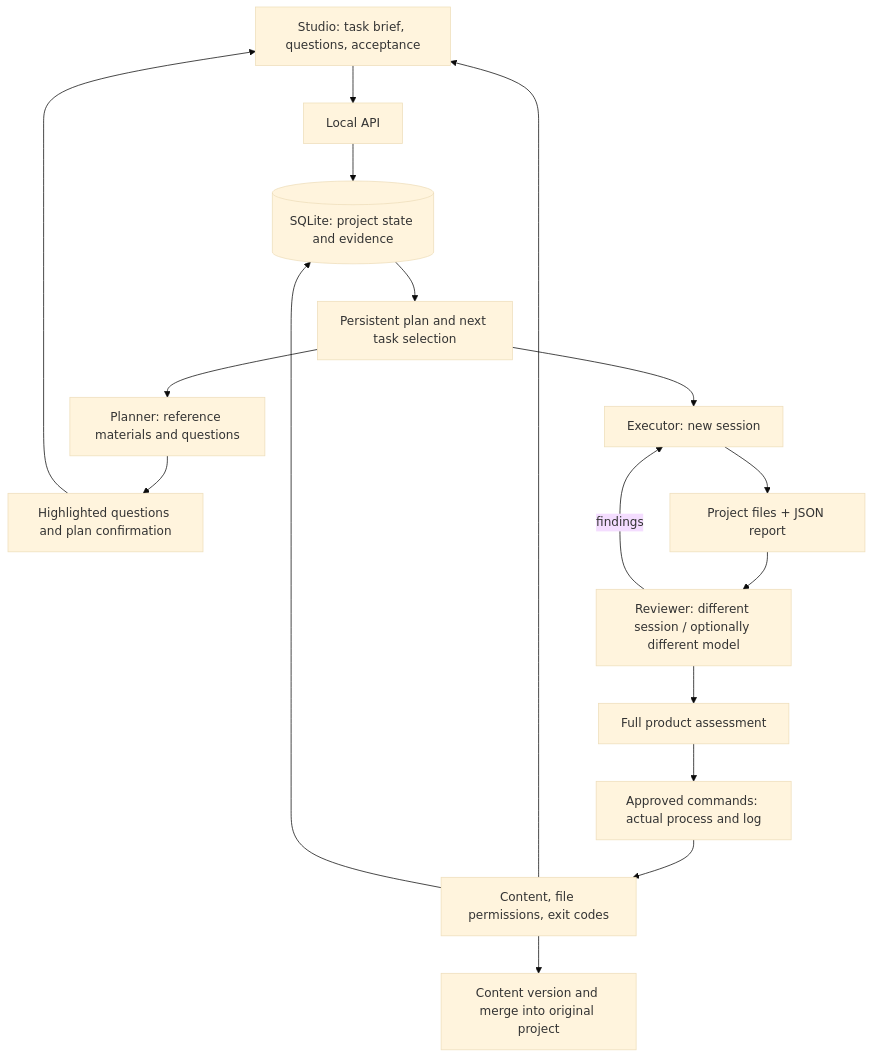
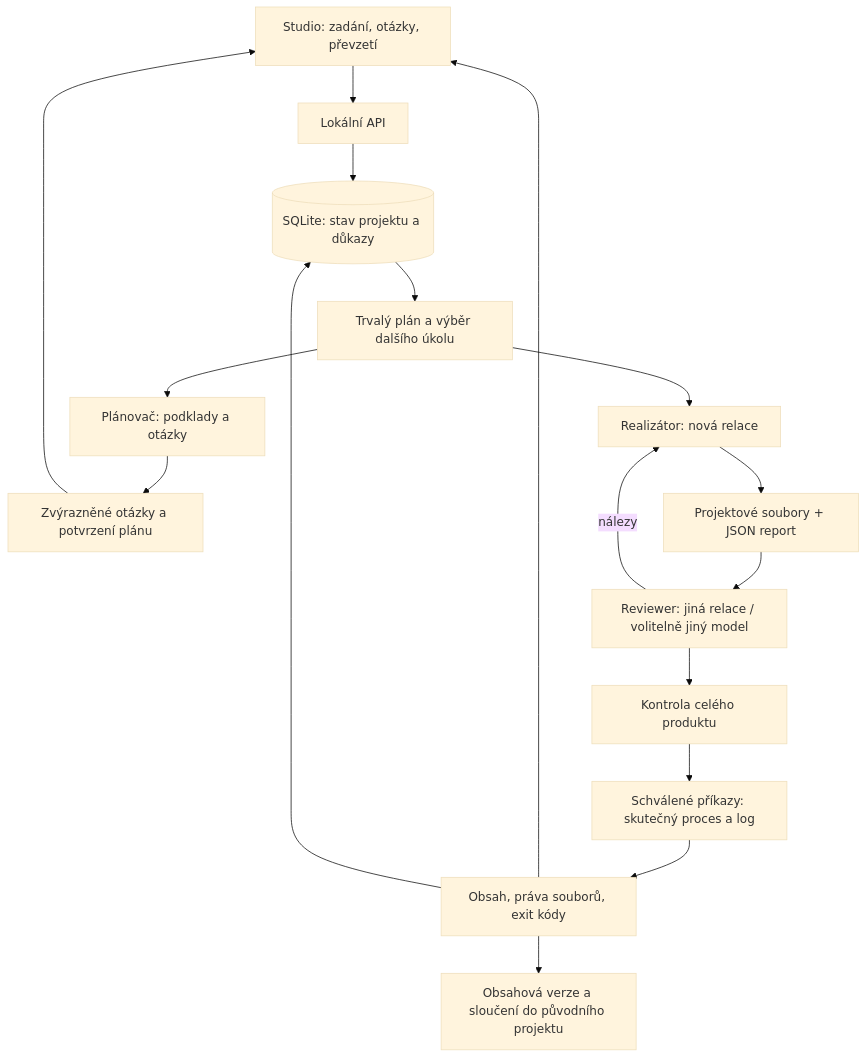
Before and after one commit to RulezZzOr/miner: the diagram in studio/docs/LONG_RUNNING_PROJECTS.md, drawn with Mermaid (base theme). The commit also changed other lines of this file and 70 other files, not shown here.

````diff
--- a/studio/docs/LONG_RUNNING_PROJECTS.md
+++ b/studio/docs/LONG_RUNNING_PROJECTS.md
@@ -45,19 +45,19 @@
 ```mermaid
 flowchart TD
-  GUI[Studio: task brief, questions, acceptance] --> API[Local API]
-  API --> DB[(SQLite: project state and evidence)]
-  DB --> Controller[Persistent plan and next task selection]
-  Controller --> Planner[Planner: reference materials and questions]
-  Planner --> Questions[Highlighted questions and plan confirmation]
+  GUI[Studio: zadání, otázky, převzetí] --> API[Lokální API]
+  API --> DB[(SQLite: stav projektu a důkazy)]
+  DB --> Controller[Trvalý plán a výběr dalšího úkolu]
+  Controller --> Planner[Plánovač: podklady a otázky]
+  Planner --> Questions[Zvýrazněné otázky a potvrzení plánu]
   Questions --> GUI
-  Controller --> Builder[Executor: new session]
-  Builder --> Files[Project files + JSON report]
-  Files --> Reviewer[Reviewer: different session / optionally different model]
-  Reviewer -->|findings| Builder
-  Reviewer --> Final[Full product assessment]
-  Final --> Checks[Approved commands: actual process and log]
-  Checks --> Gate[Content, file permissions, exit codes]
-  Gate --> Version[Content version and merge into original project]
+  Controller --> Builder[Realizátor: nová relace]
+  Builder --> Files[Projektové soubory + JSON report]
+  Files --> Reviewer[Reviewer: jiná relace / volitelně jiný model]
+  Reviewer -->|nálezy| Builder
+  Reviewer --> Final[Kontrola celého produktu]
+  Final --> Checks[Schválené příkazy: skutečný proces a log]
+  Checks --> Gate[Obsah, práva souborů, exit kódy]
+  Gate --> Version[Obsahová verze a sloučení do původního projektu]
   Gate --> GUI
   Gate --> DB
 ```
````
